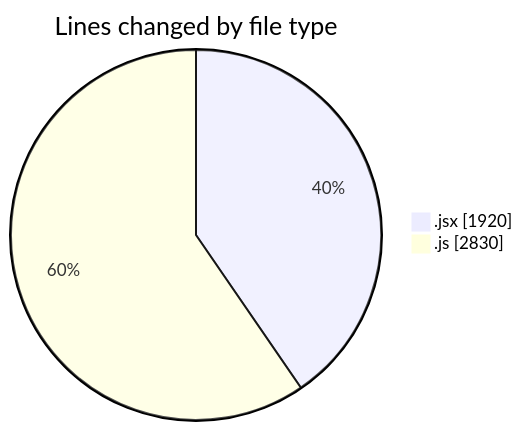
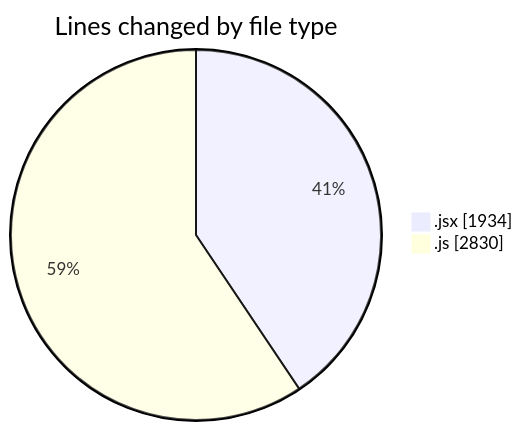
One commit to nxtqubesakshisongat/code-tracking changed the first of 2 diagrams in 2025-11-07/nxtqube_webapp/README.md. Above: the diagram before and after it, drawn with Mermaid. The commit also changed other lines of this file and 1 other file, not shown here.

````diff
--- a/2025-11-07/nxtqube_webapp/README.md
+++ b/2025-11-07/nxtqube_webapp/README.md
@@ -27,6 +27,6 @@
 ```mermaid
 pie showData
 title Lines changed by file type
-".jsx" : 1920
+".jsx" : 1934
 ".js" : 2830
 ```
````
